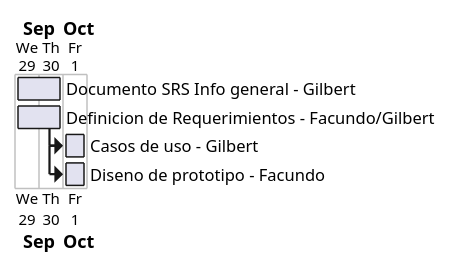
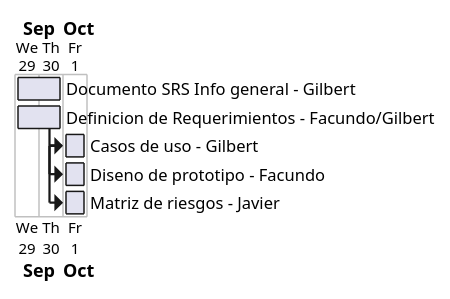
The diagram in Diagramas.md (facund015/codeRelatedObsidianNotes), drawn with PlantUML before and after one commit.

Commit message:
vault backup: 2021-10-01 15:36:30

````diff
--- a/Diagramas.md
+++ b/Diagramas.md
@@ -1,18 +1,18 @@
 ```plantuml
 
 @startgantt
 Project starts 2021-09-29
 
 [Documento SRS Info general - Gilbert] lasts 2 days and starts 2021-09-29
 
 [Definicion de Requerimientos - Facundo/Gilbert] as [DR] lasts 2 day and starts 2021-09-29
 [Casos de uso - Gilbert] as [CS] lasts 1 day and starts at [DR]'s end
 [Diseno de prototipo - Facundo] as [DP] lasts 1 days and starts at [CS]'s start
-
+[Matriz de riesgos - Javier] as [MR] lasts 1 days and starts at [CS]'s start
 
 
 @endgantt
 
 
 
 ```
````
